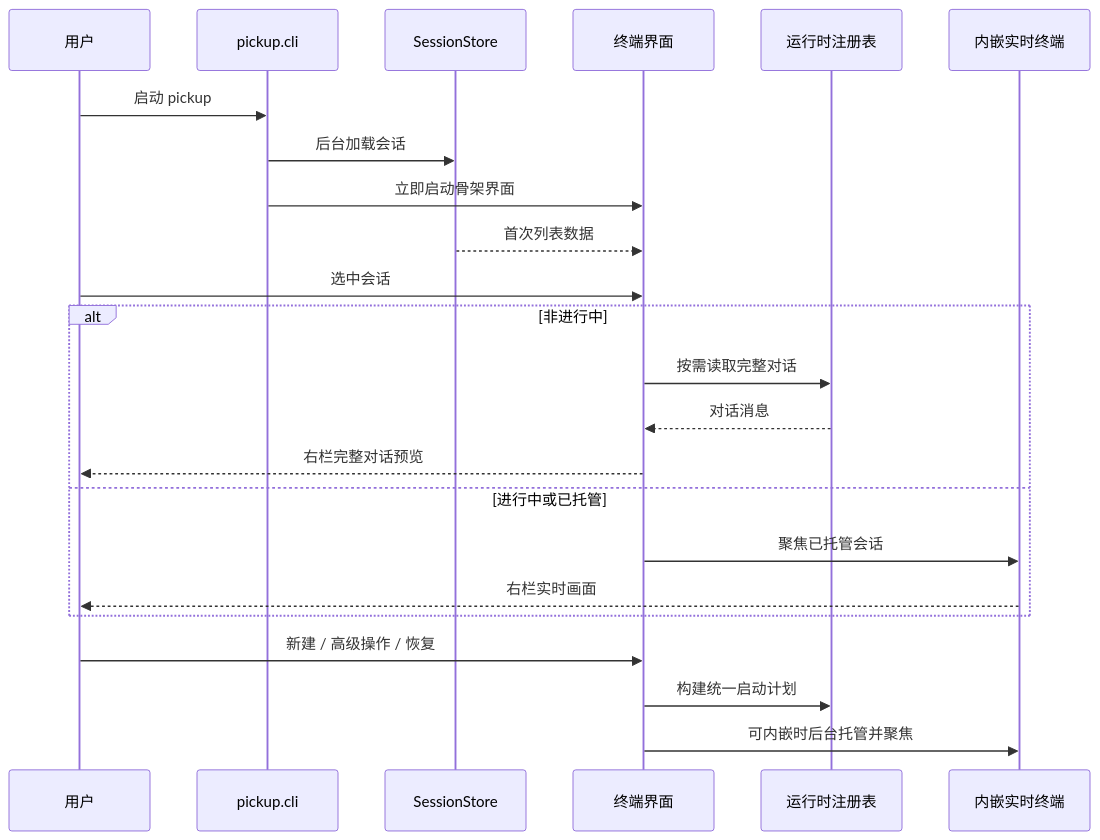
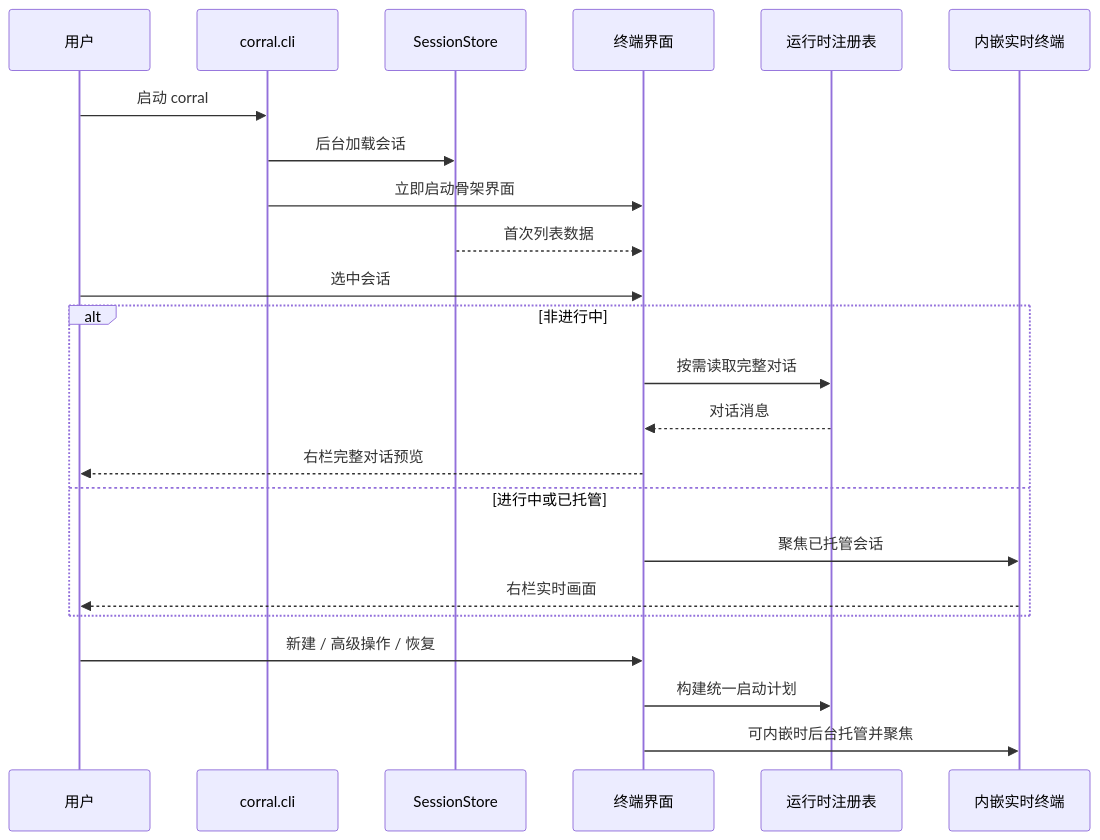
One commit to x0c/corral changed the second of 3 diagrams in docs/TERMINAL_UI_KNOWLEDGE_BASE.md. Above: the diagram before and after it, drawn with Mermaid. The commit also changed other lines of this file and 254 other files, not shown here.

````diff
--- a/docs/TERMINAL_UI_KNOWLEDGE_BASE.md
+++ b/docs/TERMINAL_UI_KNOWLEDGE_BASE.md
@@ -69,26 +69,26 @@
 ```mermaid
 sequenceDiagram
     participant U as 用户
-    participant P as pickup.cli
+    participant P as corral.cli
     participant S as SessionStore
     participant M as 终端界面
     participant R as 运行时注册表
     participant E as 内嵌实时终端
 
-    U->>P: 启动 pickup
+    U->>P: 启动 corral
     P->>S: 后台加载会话
     P->>M: 立即启动骨架界面
     S-->>M: 首次列表数据
     U->>M: 选中会话
     alt 非进行中
         M->>R: 按需读取完整对话
         R-->>M: 对话消息
         M-->>U: 右栏完整对话预览
     else 进行中或已托管
         M->>E: 聚焦已托管会话
         E-->>U: 右栏实时画面
     end
     U->>M: 新建 / 高级操作 / 恢复
     M->>R: 构建统一启动计划
     M->>E: 可内嵌时后台托管并聚焦
 ```
````
